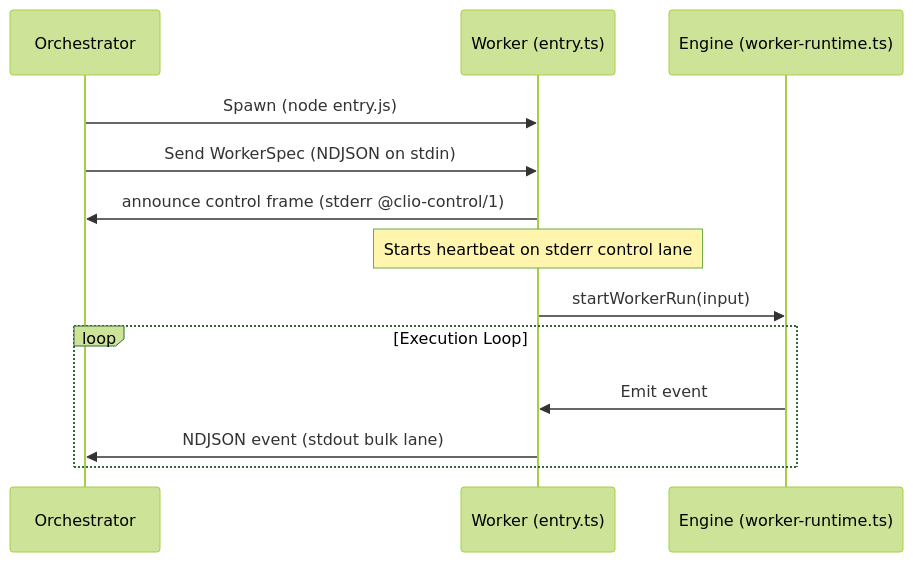
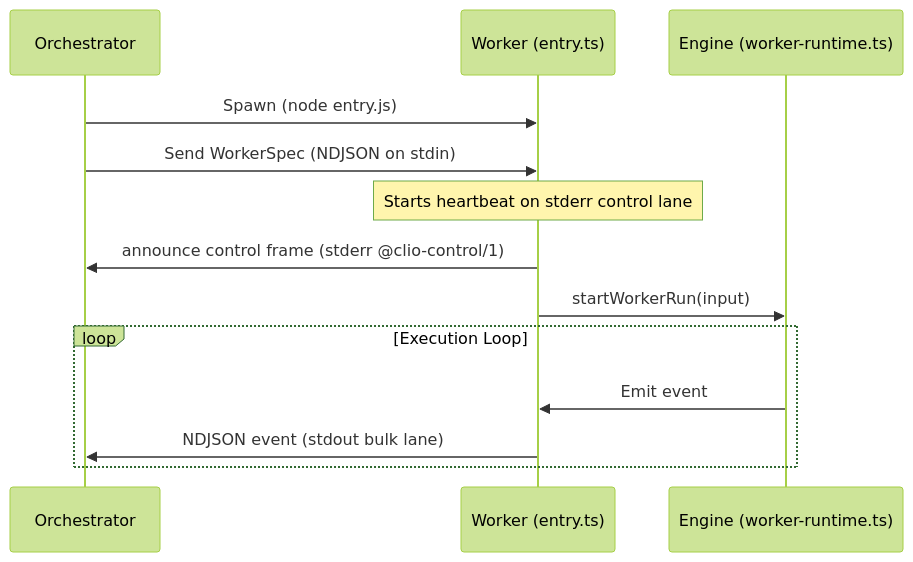
Before and after one commit to iowarp/clio-coder: the first of 2 diagrams in docs/architecture/worker-dispatch-mechanics.md, drawn with Mermaid (forest theme). The commit also changed other lines of this file and 64 other files, not shown here.

First line of the commit message:
docs: ground the guide and architecture corpus in 0.6.0 source

````diff
--- a/docs/architecture/worker-dispatch-mechanics.md
+++ b/docs/architecture/worker-dispatch-mechanics.md
@@ -28,16 +31,16 @@
 ```mermaid
 sequenceDiagram
     participant Orchestrator
     participant WorkerSubprocess as Worker (entry.ts)
     participant Engine as Engine (worker-runtime.ts)
 
     Orchestrator->>WorkerSubprocess: Spawn (node entry.js)
     Orchestrator->>WorkerSubprocess: Send WorkerSpec (NDJSON on stdin)
+    Note over WorkerSubprocess: Starts heartbeat on stderr control lane
     WorkerSubprocess->>Orchestrator: announce control frame (stderr @clio-control/1)
-    Note over WorkerSubprocess: Starts heartbeat on stderr control lane
     WorkerSubprocess->>Engine: startWorkerRun(input)
     loop Execution Loop
         Engine->>WorkerSubprocess: Emit event
         WorkerSubprocess->>Orchestrator: NDJSON event (stdout bulk lane)
     end
 ```
````
